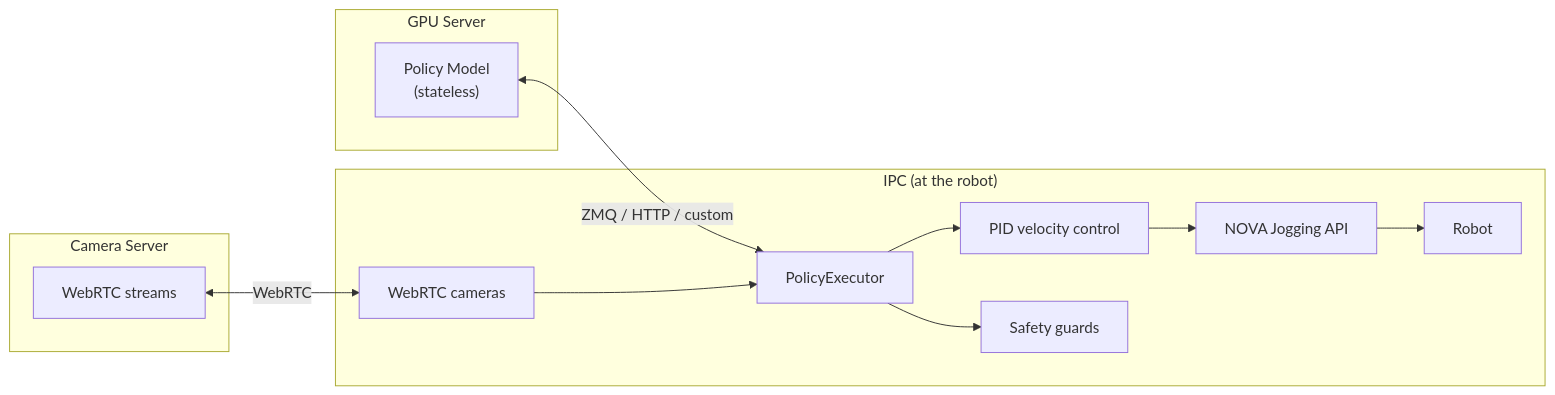
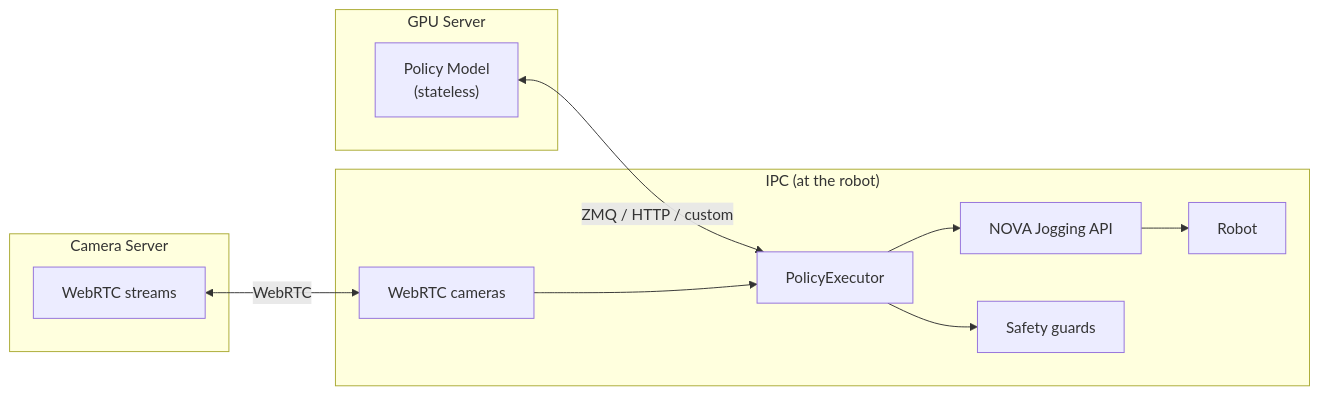
Before and after one commit to wandelbotsgmbh/wandelbots-nova: the diagram in policy/README.md, drawn with Mermaid. The commit also changed other lines of this file and 28 other files, not shown here.

````diff
--- a/policy/README.md
+++ b/policy/README.md
@@ -13,25 +13,24 @@
 ```mermaid
 flowchart LR
     subgraph GPU["GPU Server"]
         Policy["Policy Model\n(stateless)"]
     end
 
     subgraph IPC["IPC (at the robot)"]
         Executor["PolicyExecutor"]
-        PID["PID velocity control"]
+        Jogging["NOVA Jogging API"]
         Safety["Safety guards"]
         Cameras["WebRTC cameras"]
-        Jogging["NOVA Jogging API"]
         Robot["Robot"]
     end
 
     subgraph CamServer["Camera Server"]
         WebRTC["WebRTC streams"]
     end
 
     Policy <-->|"ZMQ / HTTP / custom"| Executor
     WebRTC <-->|"WebRTC"| Cameras
-    Executor --> PID --> Jogging --> Robot
+    Executor --> Jogging --> Robot
     Executor --> Safety
     Cameras --> Executor
 ```
````
